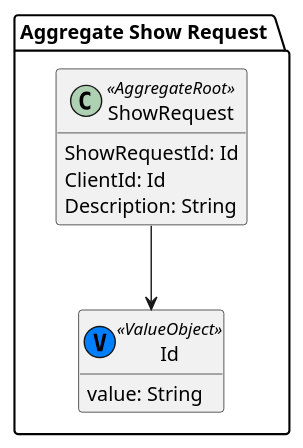
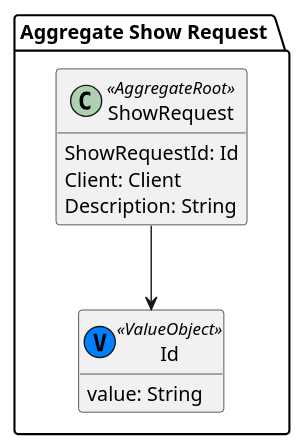
One commit to HenriqueSilva18/Drone-Show-Management-System changed the diagram in docs/us_110/subDomains/domains/aggregate_show_request.puml. Above: the diagram before and after it, drawn with PlantUML. The commit also changed 5 other files, not shown here.

```diff
--- a/docs/us_110/subDomains/domains/aggregate_show_request.puml
+++ b/docs/us_110/subDomains/domains/aggregate_show_request.puml
@@ -1,21 +1,21 @@
 @startuml
 hide methods
 
 package "Aggregate Show Request " {
 
     ' Agregado ShowRequest (Aggregate Root)
     class ShowRequest <<AggregateRoot>> {
         ShowRequestId: Id
-        ClientId: Id
+        Client: Client
         Description: String
     }
 
     ' Value Objects associados
     class Id <<(V, #007fff) ValueObject>> {
         value: String
     }
 
     ' Ligações
     ShowRequest --> Id
 }
 @enduml
```
